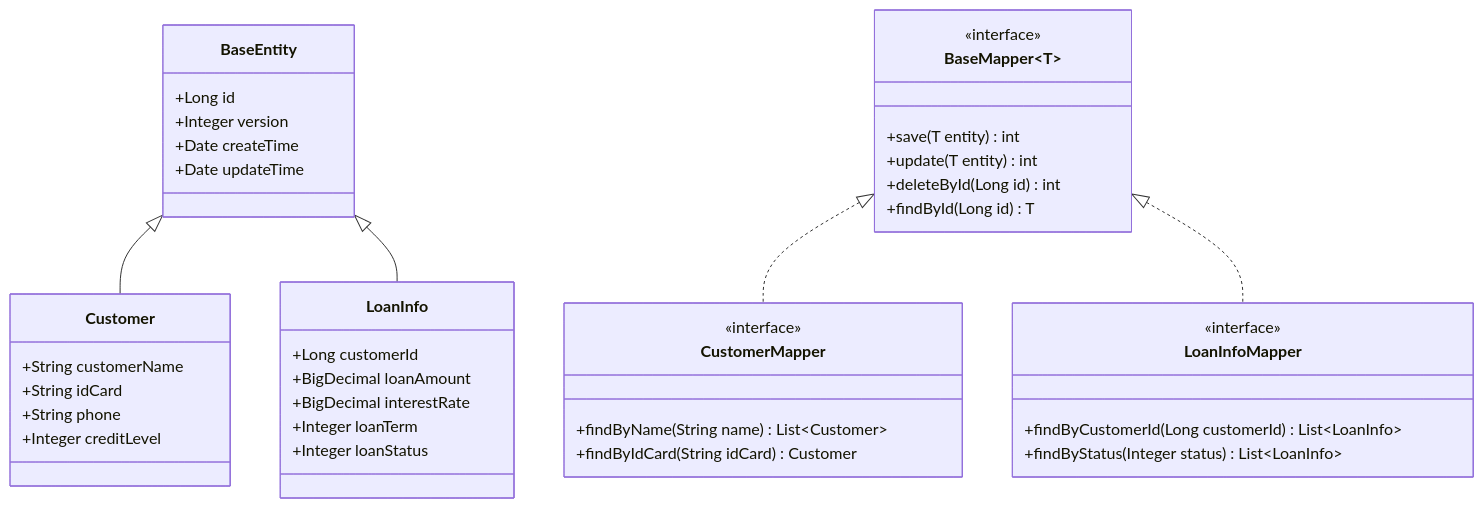
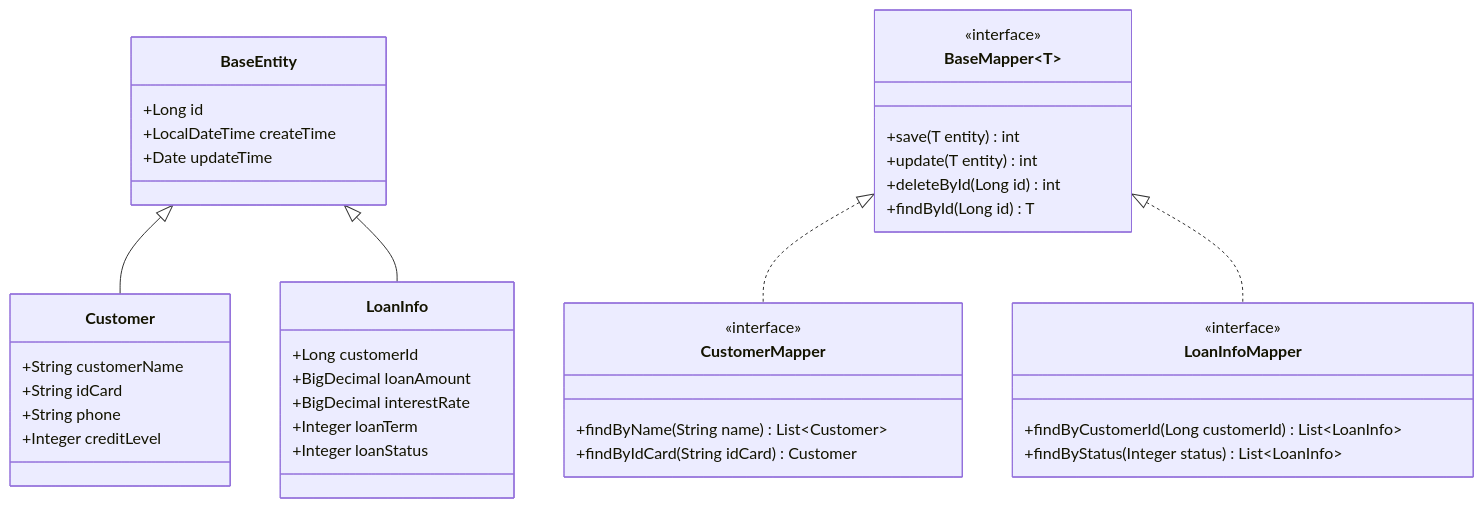
Before and after one commit to skyopk/iodraw-files: the diagram in all/未命名.md, drawn with Mermaid.

Commit message:
2025-03-25 08:49:23 update

````diff
--- a/all/未命名.md
+++ b/all/未命名.md
@@ -1,49 +1,48 @@
 ```mermaid
 classDiagram
     class BaseEntity {
         +Long id
-        +Integer version
-        +Date createTime
+        +LocalDateTime  createTime
         +Date updateTime
     }
     
     class BaseMapper~T~ {
         <<interface>>
         +save(T entity) int
         +update(T entity) int
         +deleteById(Long id) int
         +findById(Long id) T
     }
     
     class Customer {
         +String customerName
         +String idCard
         +String phone
         +Integer creditLevel
     }
     
     class LoanInfo {
         +Long customerId
         +BigDecimal loanAmount
         +BigDecimal interestRate
         +Integer loanTerm
         +Integer loanStatus
     }
     
     class CustomerMapper {
         <<interface>>
         +findByName(String name) List~Customer~
         +findByIdCard(String idCard) Customer
     }
     
     class LoanInfoMapper {
         <<interface>>
         +findByCustomerId(Long customerId) List~LoanInfo~
         +findByStatus(Integer status) List~LoanInfo~
     }
     
     BaseEntity <|-- Customer
     BaseEntity <|-- LoanInfo
     BaseMapper~BaseEntity~ <|.. CustomerMapper
     BaseMapper~BaseEntity~ <|.. LoanInfoMapper
 ```
````
